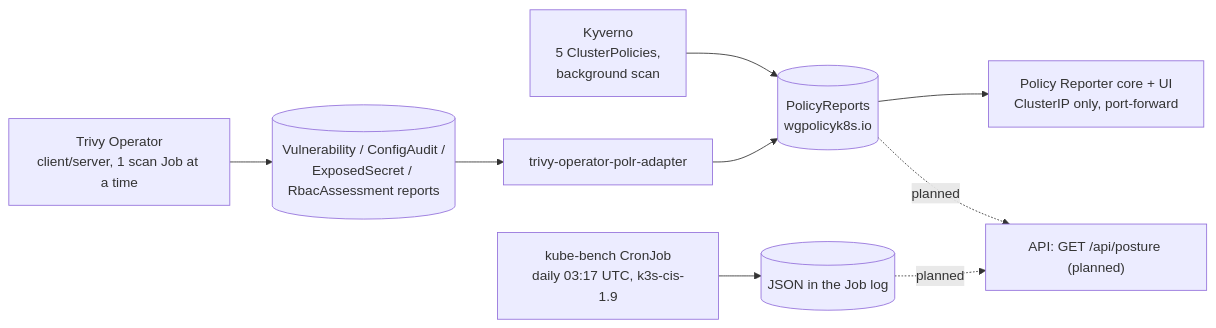
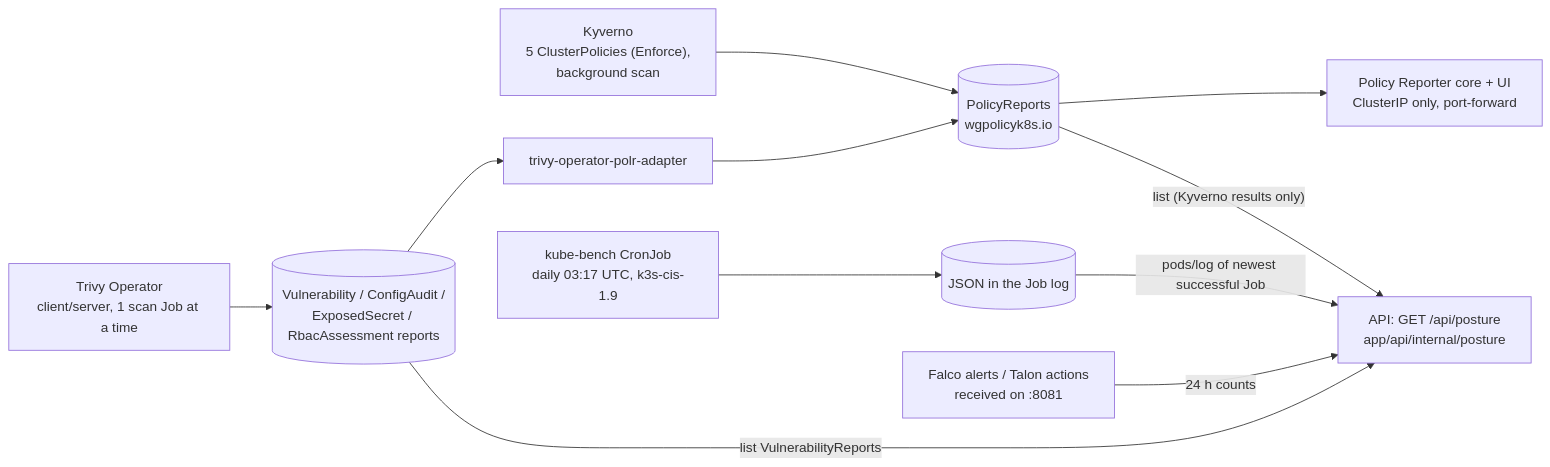
The fifth of 5 diagrams in docs/architecture/README.md (HubertMJ/self-defending-portfolio), drawn with Mermaid before and after one commit. The commit also changed other lines of this file and 1 other file, not shown here.

First line of the commit message:
docs: architecture diagrams with the portfolio API, the scenarios and one image workflow

````diff
--- a/docs/architecture/README.md
+++ b/docs/architecture/README.md
@@ -225,10 +253,13 @@
 ```mermaid
 flowchart LR
-    KY["Kyverno<br/>5 ClusterPolicies,<br/>background scan"] --> PR[("PolicyReports<br/>wgpolicyk8s.io")]
+    KY["Kyverno<br/>5 ClusterPolicies (Enforce),<br/>background scan"] --> PR[("PolicyReports<br/>wgpolicyk8s.io")]
     TO["Trivy Operator<br/>client/server, 1 scan Job at a time"] --> TR[("Vulnerability / ConfigAudit /<br/>ExposedSecret / RbacAssessment reports")]
     TR --> AD["trivy-operator-polr-adapter"] --> PR
     PR --> PRUI["Policy Reporter core + UI<br/>ClusterIP only, port-forward"]
     KB["kube-bench CronJob<br/>daily 03:17 UTC, k3s-cis-1.9"] --> LOG[("JSON in the Job log")]
-    PR -. "planned" .-> POST["API: GET /api/posture (planned)"]
-    LOG -. "planned" .-> POST
+    POST["API: GET /api/posture<br/>app/api/internal/posture"]
+    FEED["Falco alerts / Talon actions<br/>received on :8081"] -- "24 h counts" --> POST
+    PR -- "list (Kyverno results only)" --> POST
+    TR -- "list VulnerabilityReports" --> POST
+    LOG -- "pods/log of newest successful Job" --> POST
 ```
````
